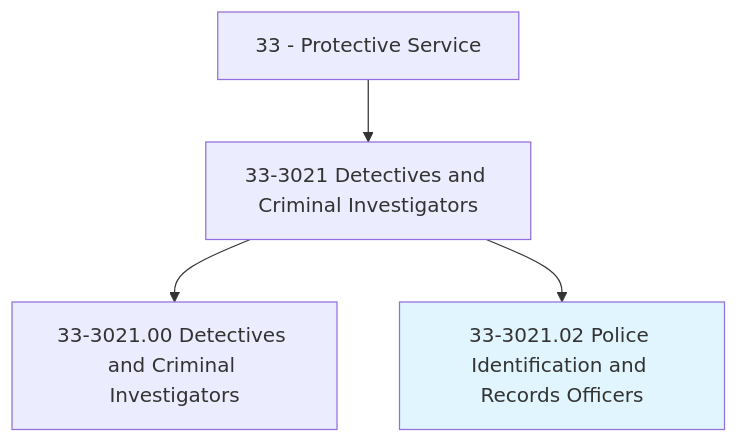
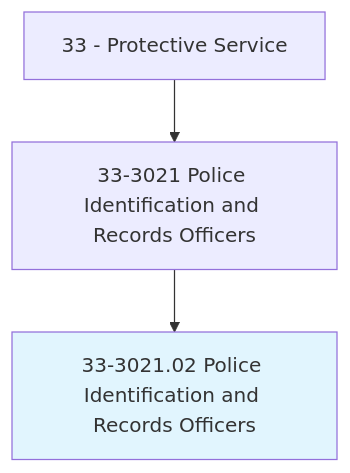
The first of 4 diagrams in occupations/PublicSafety/PoliceIdentificationAndRecordsOfficers.mdx (kziemski/business.org.ai), drawn with Mermaid before and after one commit. The commit also changed other lines of this file and 938 other files, not shown here.

````diff
--- a/occupations/PublicSafety/PoliceIdentificationAndRecordsOfficers.mdx
+++ b/occupations/PublicSafety/PoliceIdentificationAndRecordsOfficers.mdx
@@ -19,7 +23,6 @@
 ```mermaid
 graph TD
-    Cat33["33 - Protective Service"] --> Group333021["33-3021 Detectives and Criminal Investigators"]
-    Group333021 --> Base["33-3021.00 Detectives and Criminal Investigators"]
+    Cat33["33 - Protective Service"] --> Group333021["33-3021 Police Identification and Records Officers"]
     Group333021 --> Current["33-3021.02 Police Identification and Records Officers"]
     style Current fill:#e1f5fe
 ```
````
